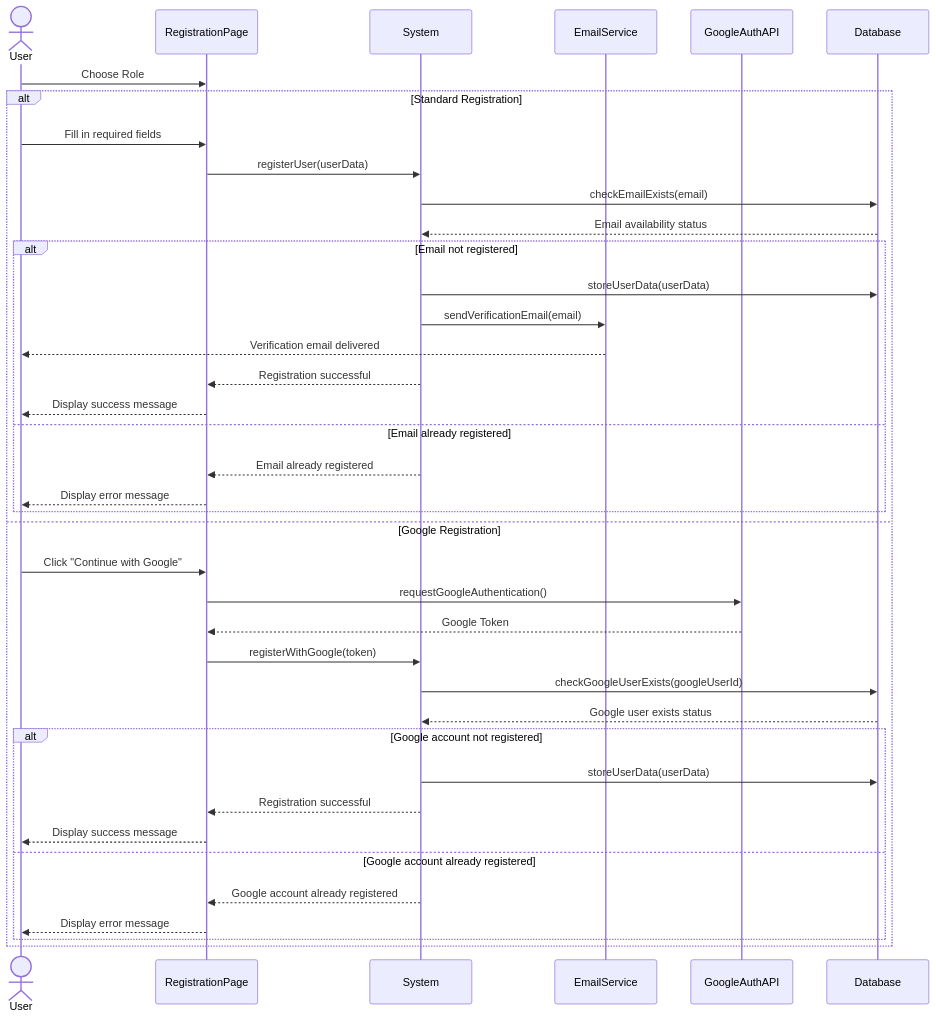
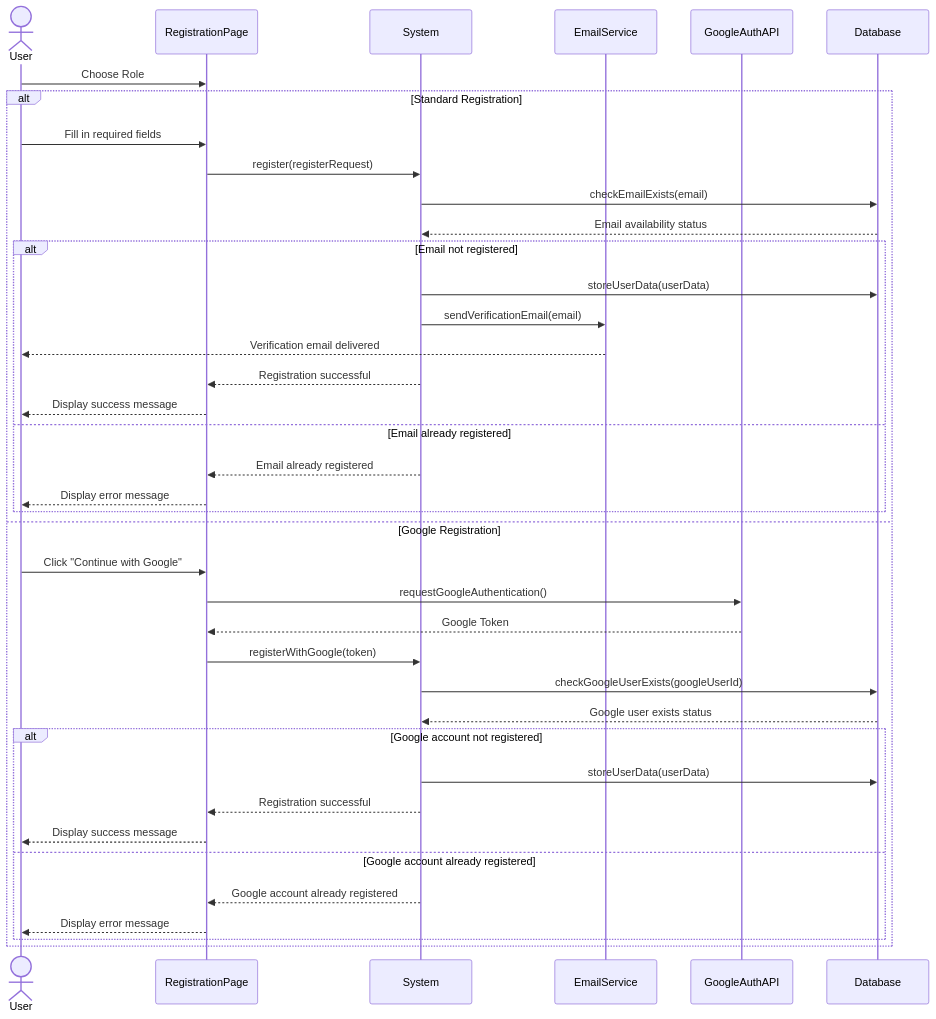
Before and after one commit to Shaar03/Diagrams: the diagram in registration.mermaid, drawn with Mermaid.

Commit message:
minor again

```diff
--- a/registration.mermaid
+++ b/registration.mermaid
@@ -1,41 +1,41 @@
 sequenceDiagram
     actor User
     participant RegistrationPage
     participant System
     participant EmailService
     participant GoogleAuthAPI
     participant Database
 
     User->>RegistrationPage: Choose Role
     
     alt Standard Registration
         User->>RegistrationPage: Fill in required fields
-        RegistrationPage->>System: registerUser(userData)
+        RegistrationPage->>System: register(registerRequest)
         System->>Database: checkEmailExists(email)
         Database-->>System: Email availability status
         alt Email not registered
             System->>Database: storeUserData(userData)
             System->>EmailService: sendVerificationEmail(email)
             EmailService-->>User: Verification email delivered
             System-->>RegistrationPage: Registration successful
             RegistrationPage-->>User: Display success message
         else Email already registered
             System-->>RegistrationPage: Email already registered
             RegistrationPage-->>User: Display error message
         end
     else Google Registration
         User->>RegistrationPage: Click "Continue with Google"
         RegistrationPage->>GoogleAuthAPI: requestGoogleAuthentication()
         GoogleAuthAPI-->>RegistrationPage: Google Token
         RegistrationPage->>System: registerWithGoogle(token)
         System->>Database: checkGoogleUserExists(googleUserId)
         Database-->>System: Google user exists status
         alt Google account not registered
             System->>Database: storeUserData(userData)
             System-->>RegistrationPage: Registration successful
             RegistrationPage-->>User: Display success message
         else Google account already registered
             System-->>RegistrationPage: Google account already registered
             RegistrationPage-->>User: Display error message
         end
     end
```
